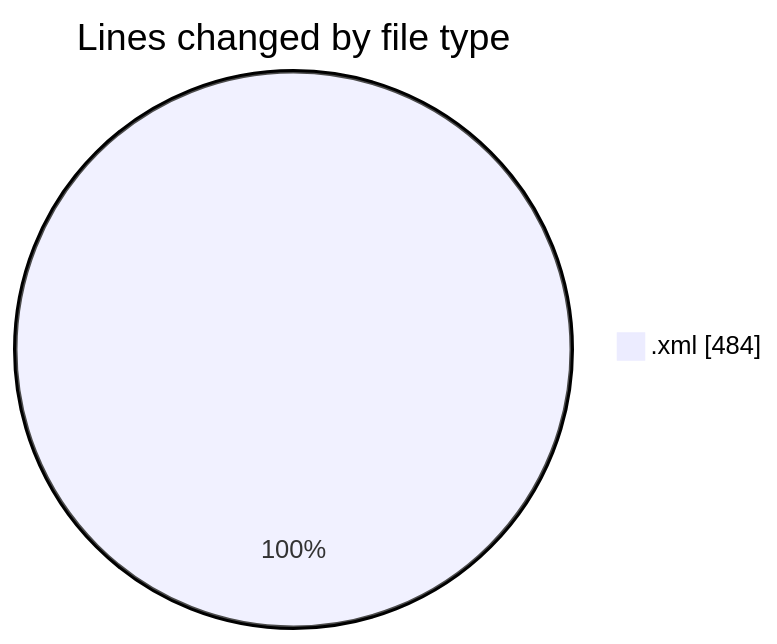
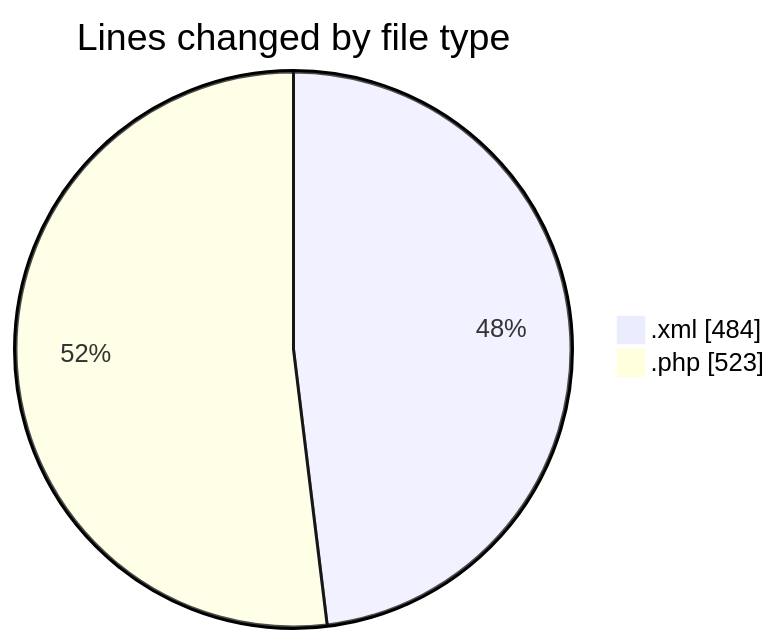
One commit to vahidmafi/code-tracking changed the first of 2 diagrams in 2025-04-24/zeytoon/README.md. Above: the diagram before and after it, drawn with Mermaid. The commit also changed other lines of this file and 1 other file, not shown here.

````diff
--- a/2025-04-24/zeytoon/README.md
+++ b/2025-04-24/zeytoon/README.md
@@ -20,5 +21,6 @@
 ```mermaid
 pie showData
 title Lines changed by file type
 ".xml" : 484
+".php" : 523
 ```
````
